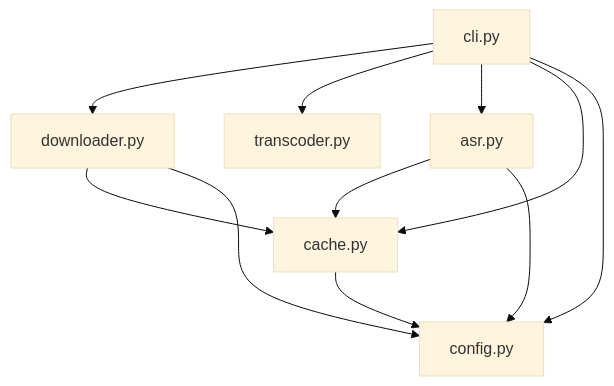
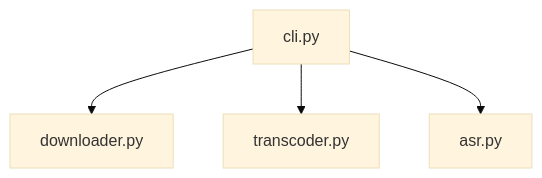
One commit to kechengzhang28/Vid2Text-Skill changed the second of 5 diagrams in docs/dev.md. Above: the diagram before and after it, drawn with Mermaid (base theme). The commit also changed other lines of this file and 2 other files, not shown here.

First line of the commit message:
docs: improve project documentation and remove cache design

````diff
--- a/docs/dev.md
+++ b/docs/dev.md
@@ -52,14 +50,6 @@
 ```mermaid
 flowchart TD
     cli[cli.py] --> downloader[downloader.py]
     cli --> transcoder[transcoder.py]
     cli --> asr[asr.py]
-    cli --> cache[cache.py]
-    cli --> config[config.py]
-
-    downloader --> cache
-    asr --> cache
-    asr --> config
-    downloader --> config
-    cache --> config
 ```
````
